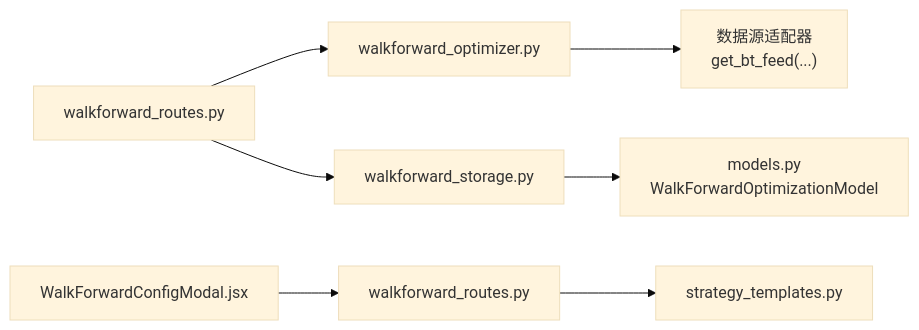
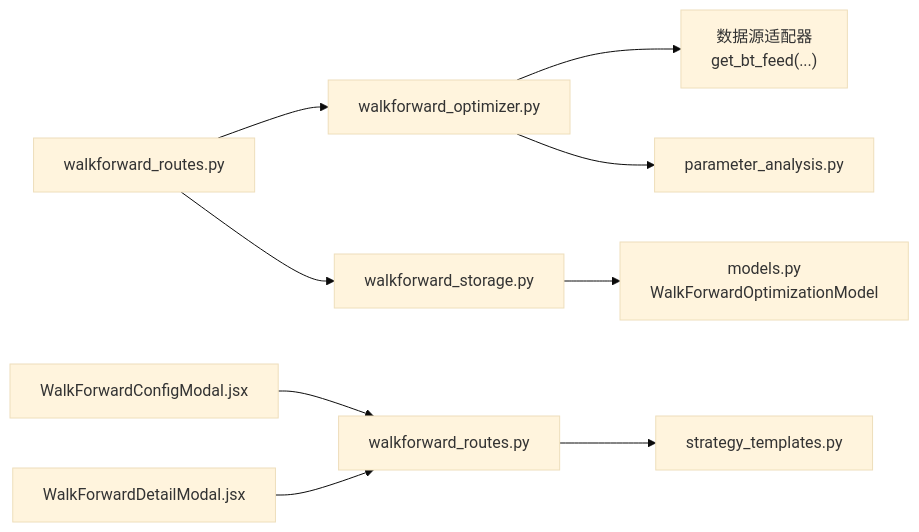
Before and after one commit to faryhuo/backtrader: the fifth of 5 diagrams in .qoder/repowiki/zh/content/核心功能详解/Walk-Forward参数优化.md, drawn with Mermaid (base theme). The commit also changed other lines of this file and 15 other files, not shown here.

Commit message:
feat: Implement strategy version management with timeline, diff viewer, and rollback capabilities.

````diff
--- a/.qoder/repowiki/zh/content/核心功能详解/Walk-Forward参数优化.md
+++ b/.qoder/repowiki/zh/content/核心功能详解/Walk-Forward参数优化.md
@@ -358,9 +433,11 @@
 ```mermaid
 graph LR
 R["walkforward_routes.py"] --> O["walkforward_optimizer.py"]
 R --> S["walkforward_storage.py"]
 O --> D["数据源适配器<br/>get_bt_feed(...)"]
+O --> PAS["parameter_analysis.py"]
 S --> M["models.py<br/>WalkForwardOptimizationModel"]
 CM["WalkForwardConfigModal.jsx"] --> API["walkforward_routes.py"]
 API --> STRAT["strategy_templates.py"]
+DM["WalkForwardDetailModal.jsx"] --> API
 ```
````
